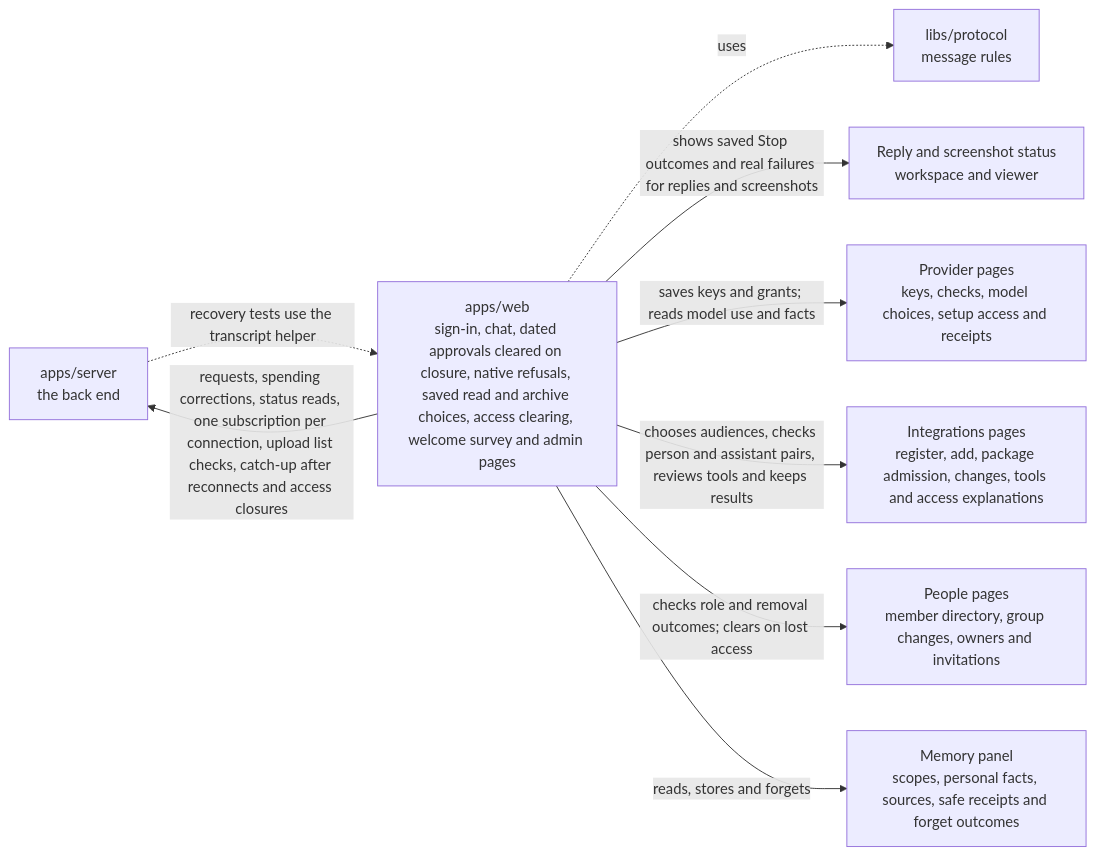
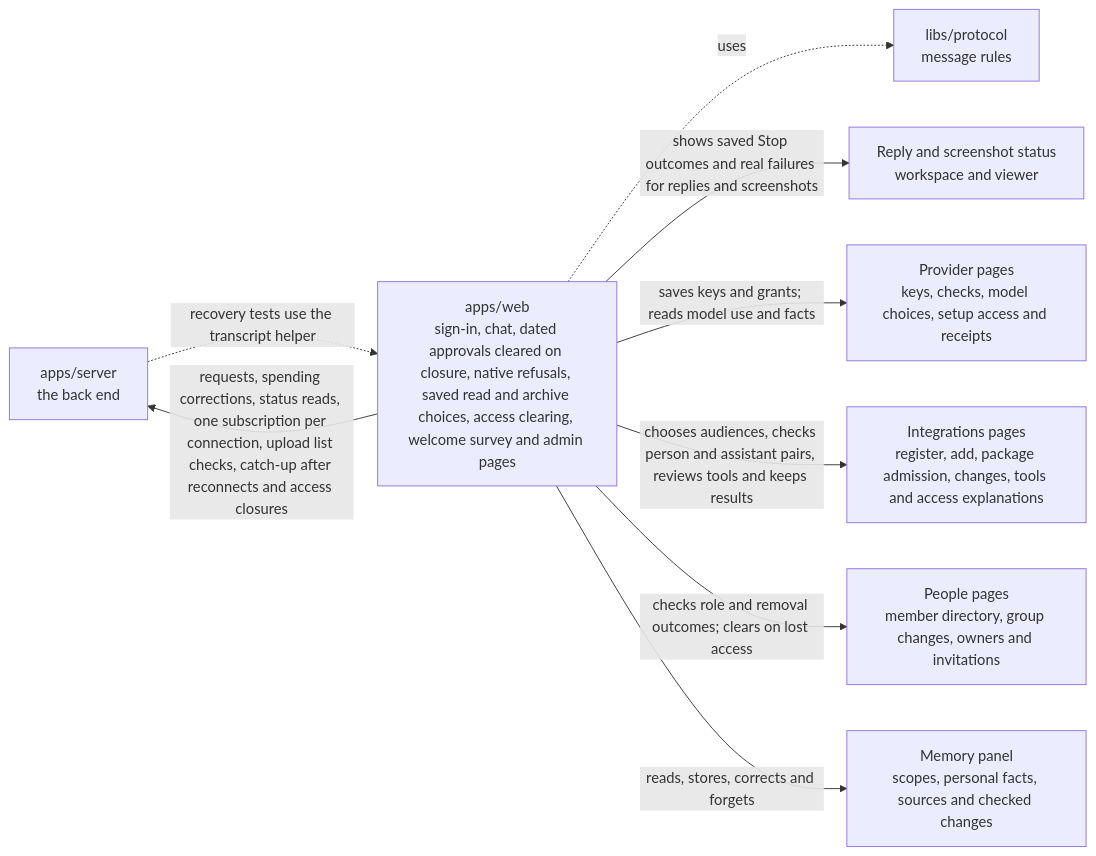
One commit to elewa-git/opencrane-new changed the diagram in apps/web/README.md. Above: the diagram before and after it, drawn with Mermaid. The commit also changed other lines of this file and 21 other files, not shown here.

Commit message:
✏️ Let people correct their own memory facts with checked recovery

````diff
--- a/apps/web/README.md
+++ b/apps/web/README.md
@@ -11,11 +11,11 @@
 ```mermaid
 flowchart LR
   server -.->|recovery tests use the transcript helper| web
   web["apps/web<br/>sign-in, chat, dated approvals cleared on closure, native refusals, saved read and archive choices, access clearing, welcome survey and admin pages"] -->|requests, spending corrections, status reads, one subscription per connection, upload list checks, catch-up after reconnects and access closures| server["apps/server<br/>the back end"]
   web -.->|uses| protocol["libs/protocol<br/>message rules"]
   web -->|shows saved Stop outcomes and real failures for replies and screenshots| capture["Reply and screenshot status<br/>workspace and viewer"]
   web -->|saves keys and grants; reads model use and facts| providers["Provider pages<br/>keys, checks, model choices, setup access and receipts"]
   web -->|chooses audiences, checks person and assistant pairs, reviews tools and keeps results| integrations["Integrations pages<br/>register, add, package admission, changes, tools and access explanations"]
   web -->|checks role and removal outcomes; clears on lost access| people["People pages<br/>member directory, group changes, owners and invitations"]
-  web -->|reads, stores and forgets| memory["Memory panel<br/>scopes, personal facts, sources, safe receipts and forget outcomes"]
+  web -->|reads, stores, corrects and forgets| memory["Memory panel<br/>scopes, personal facts, sources and checked changes"]
 ```
````
